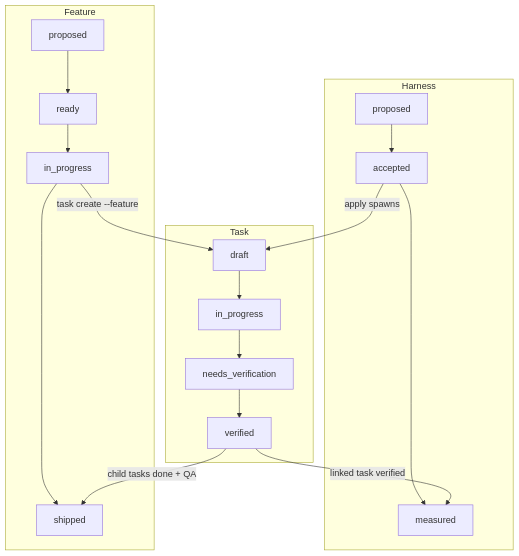
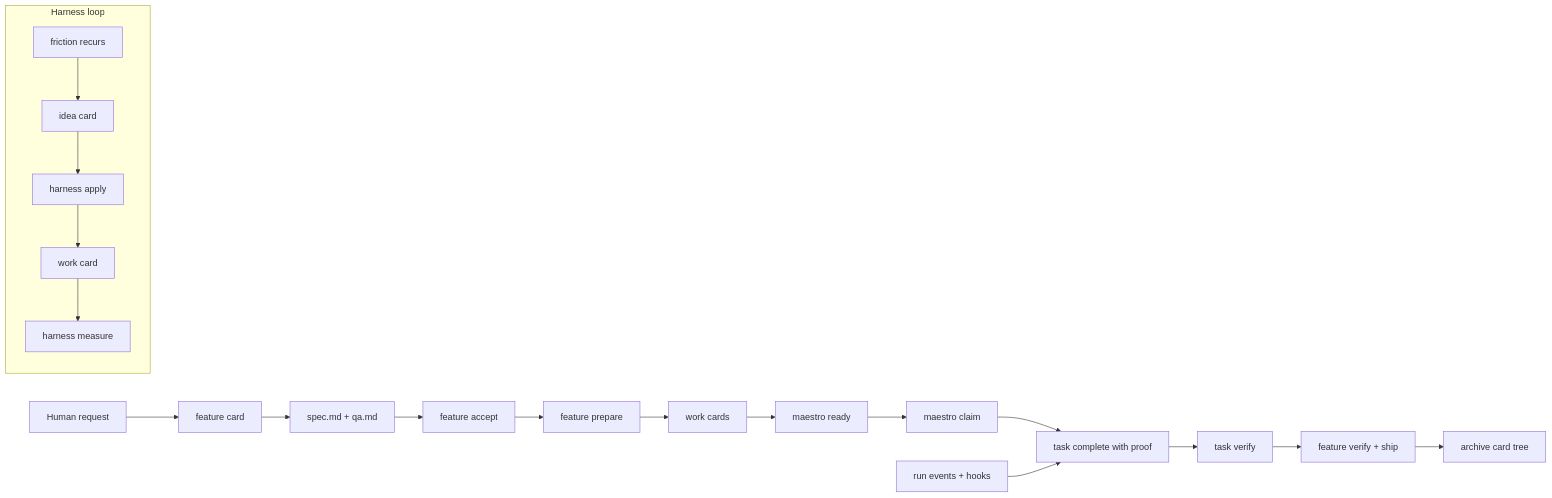
One commit to ReinaMacCredy/maestro changed the first of 2 diagrams in README.md. Above: the diagram before and after it, drawn with Mermaid. The commit also changed other lines of this file, not shown here.

Commit message:
docs(readme): align with card model source

````diff
--- a/README.md
+++ b/README.md
@@ -112,16 +54,23 @@
 ```mermaid
-flowchart TB
-    subgraph feature [Feature]
-        F1[proposed] --> F2[ready] --> F3[in_progress] --> F4[shipped]
+flowchart LR
+    A[Human request] --> B[feature card]
+    B --> C[spec.md + qa.md]
+    C --> D[feature accept]
+    D --> E[feature prepare]
+    E --> F[work cards]
+    F --> G[maestro ready]
+    G --> H[maestro claim]
+    H --> I[task complete with proof]
+    I --> J[task verify]
+    J --> K[feature verify + ship]
+    K --> L[archive card tree]
+
+    R[run events + hooks] --> I
+
+    subgraph Harness loop
+        M[friction recurs] --> N[idea card]
+        N --> O[harness apply]
+        O --> P[work card]
+        P --> Q[harness measure]
     end
-    subgraph harness [Harness]
-        H1[proposed] --> H2[accepted] --> H3[measured]
-    end
-    subgraph task [Task]
-        T1[draft] --> T2[in_progress] --> T3[needs_verification] --> T4[verified]
-    end
-    F3 -->|"task create --feature"| T1
-    H2 -->|"apply spawns"| T1
-    T4 -->|"child tasks done + QA"| F4
-    T4 -->|"linked task verified"| H3
 ```
````
